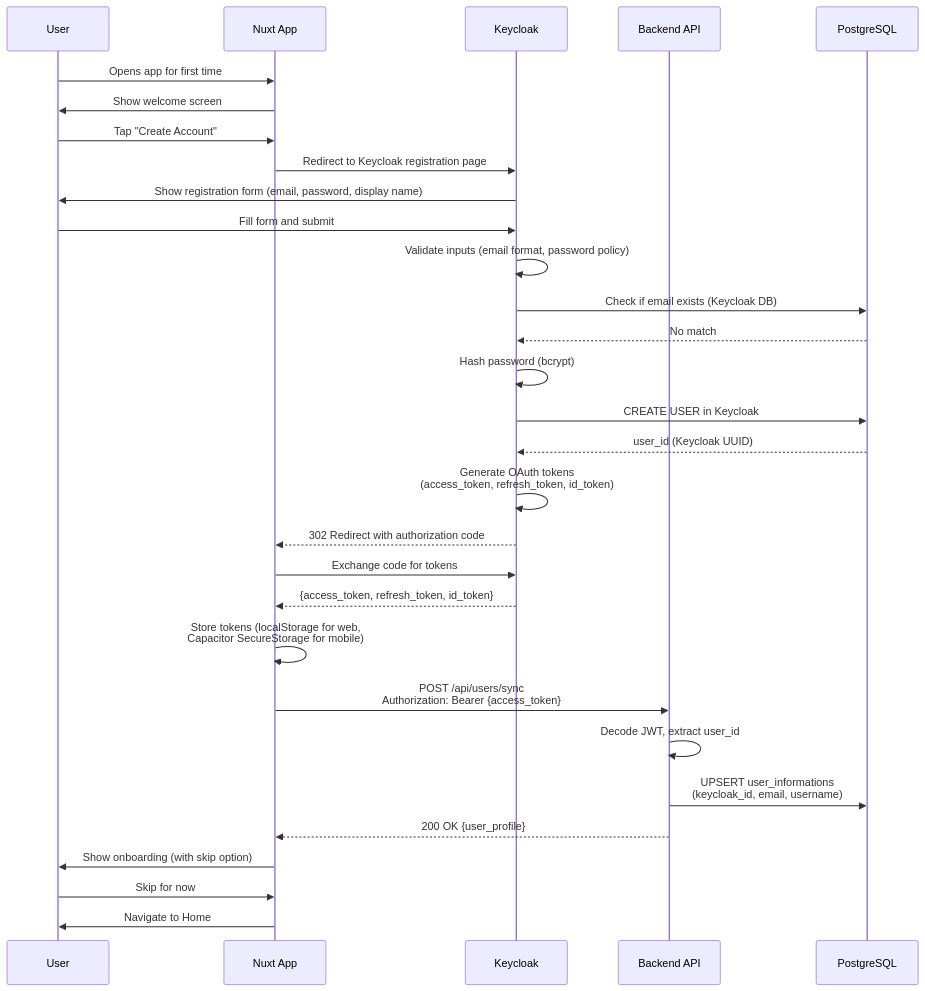
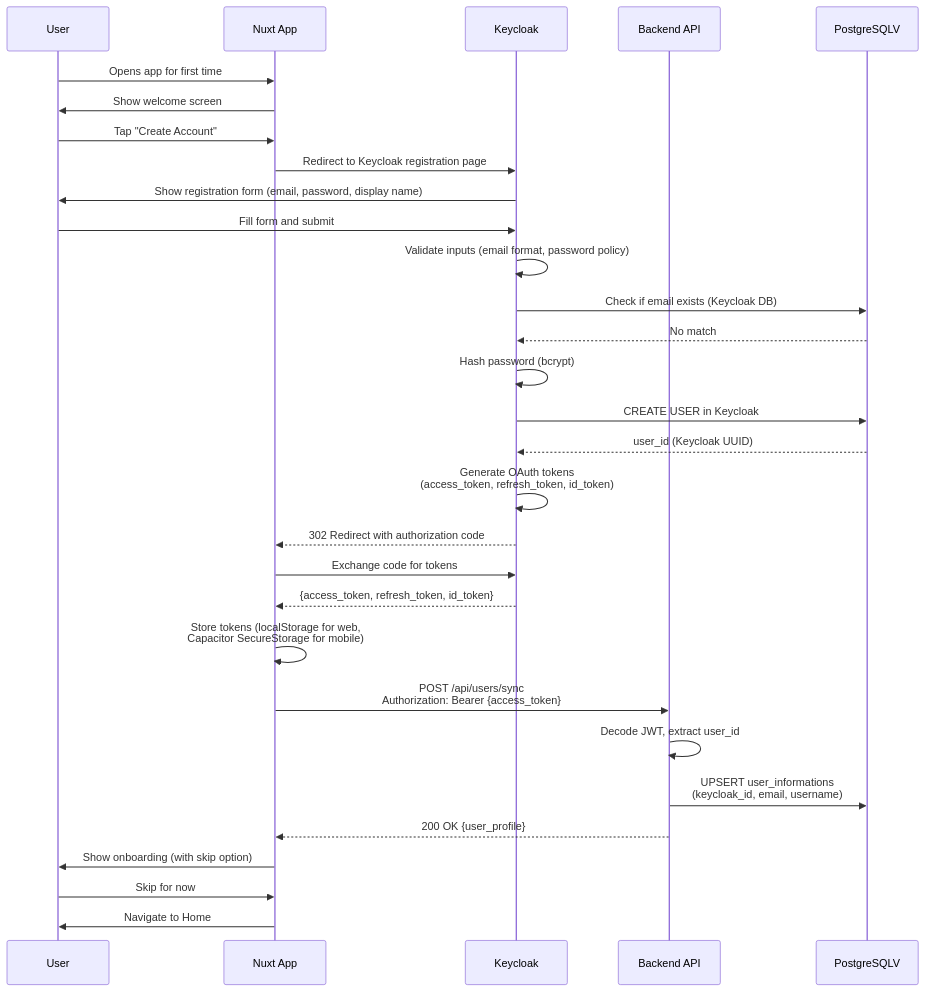
The first of 5 diagrams in feature-design/01. User register/01-LOGIN-FLOW.md (Nhatdien/tranquara_frontend), drawn with Mermaid before and after one commit. The commit also changed other lines of this file and 18 other files, not shown here.

````diff
--- a/feature-design/01. User register/01-LOGIN-FLOW.md
+++ b/feature-design/01. User register/01-LOGIN-FLOW.md
@@ -34,38 +33,38 @@
 ```mermaid
 sequenceDiagram
     participant U as User
     participant App as Nuxt App
     participant KC as Keycloak
     participant API as Backend API
-    participant DB as PostgreSQL
+    participant DB as PostgreSQLV
 
     U->>App: Opens app for first time
     App->>U: Show welcome screen
     U->>App: Tap "Create Account"
     App->>KC: Redirect to Keycloak registration page
     KC->>U: Show registration form (email, password, display name)
     U->>KC: Fill form and submit
     
     KC->>KC: Validate inputs (email format, password policy)
     KC->>DB: Check if email exists (Keycloak DB)
     DB-->>KC: No match
     KC->>KC: Hash password (bcrypt)
     KC->>DB: CREATE USER in Keycloak
     DB-->>KC: user_id (Keycloak UUID)
     
     KC->>KC: Generate OAuth tokens<br/>(access_token, refresh_token, id_token)
     KC-->>App: 302 Redirect with authorization code
     App->>KC: Exchange code for tokens
     KC-->>App: {access_token, refresh_token, id_token}
     
     App->>App: Store tokens (localStorage for web,<br/>Capacitor SecureStorage for mobile)
     
     App->>API: POST /api/users/sync<br/>Authorization: Bearer {access_token}
     API->>API: Decode JWT, extract user_id
     API->>DB: UPSERT user_informations<br/>(keycloak_id, email, username)
     API-->>App: 200 OK {user_profile}
     
     App->>U: Show onboarding (with skip option)
     U->>App: Skip for now
     App->>U: Navigate to Home
 ```
````
